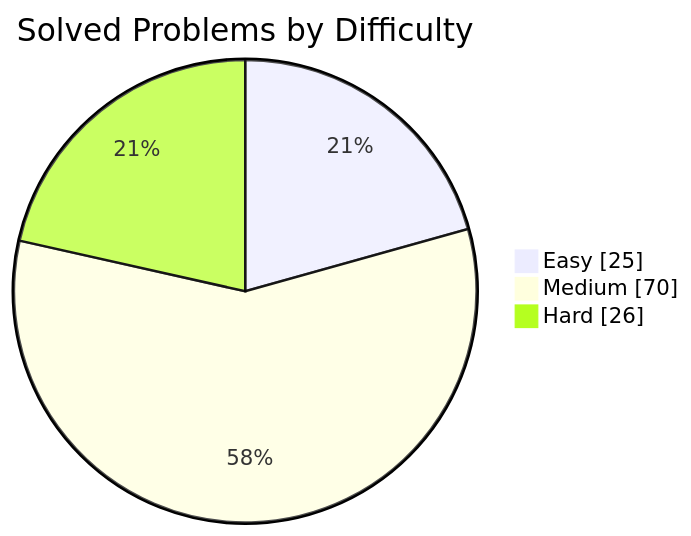
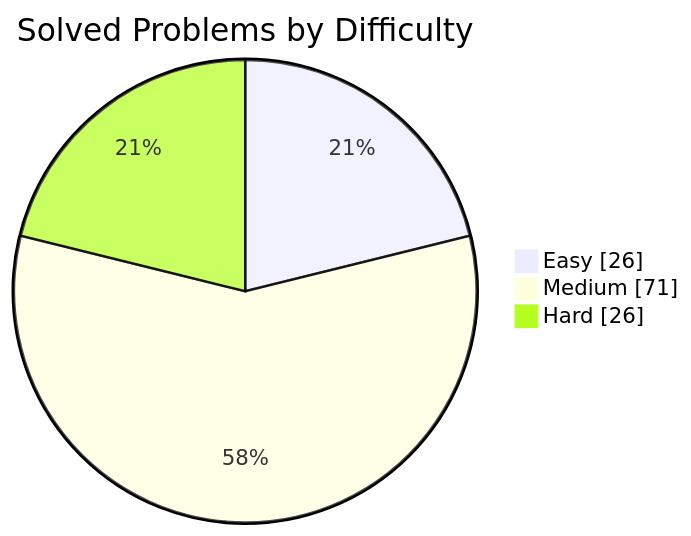
One commit to manikantbindass/DSA-Preparation-FAANG changed the first of 2 diagrams in README.md. Above: the diagram before and after it, drawn with Mermaid. The commit also changed other lines of this file, not shown here.

````diff
--- a/README.md
+++ b/README.md
@@ -38,7 +38,7 @@
 ```mermaid
 pie showData
     title Solved Problems by Difficulty
-    "Easy" : 25
-    "Medium" : 70
+    "Easy" : 26
+    "Medium" : 71
     "Hard" : 26
 ```
````
